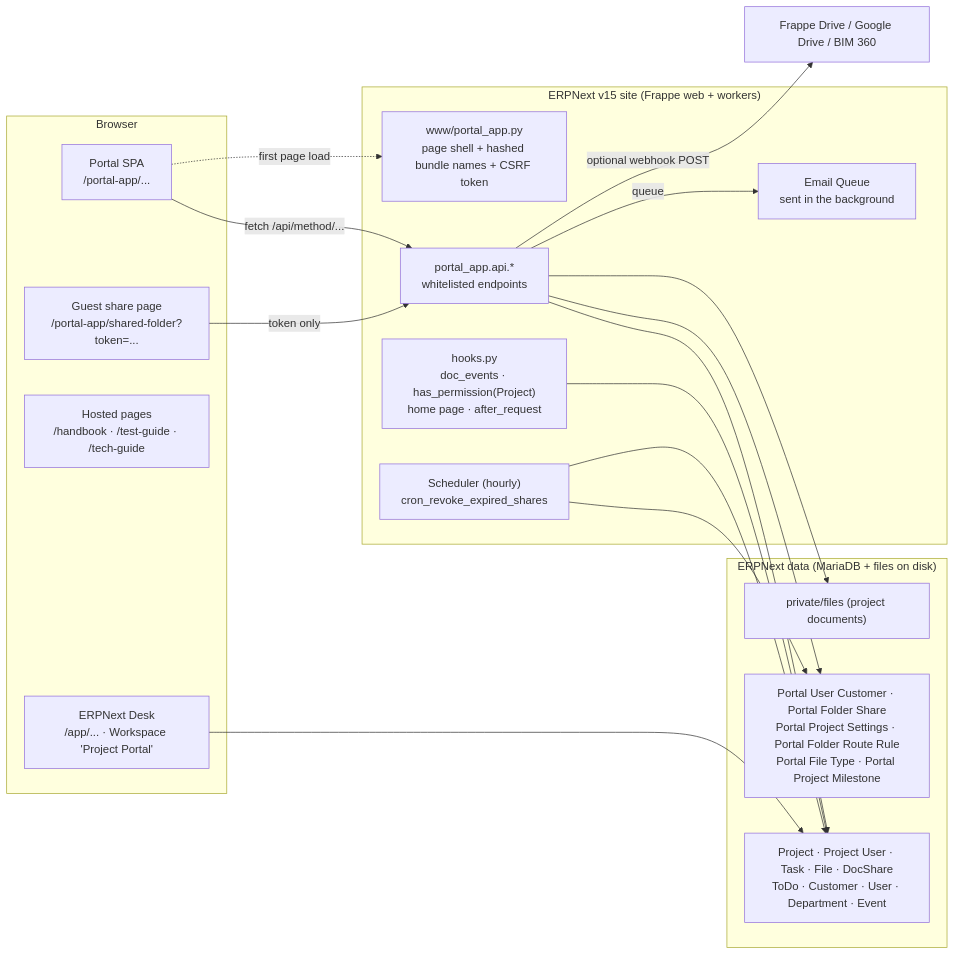
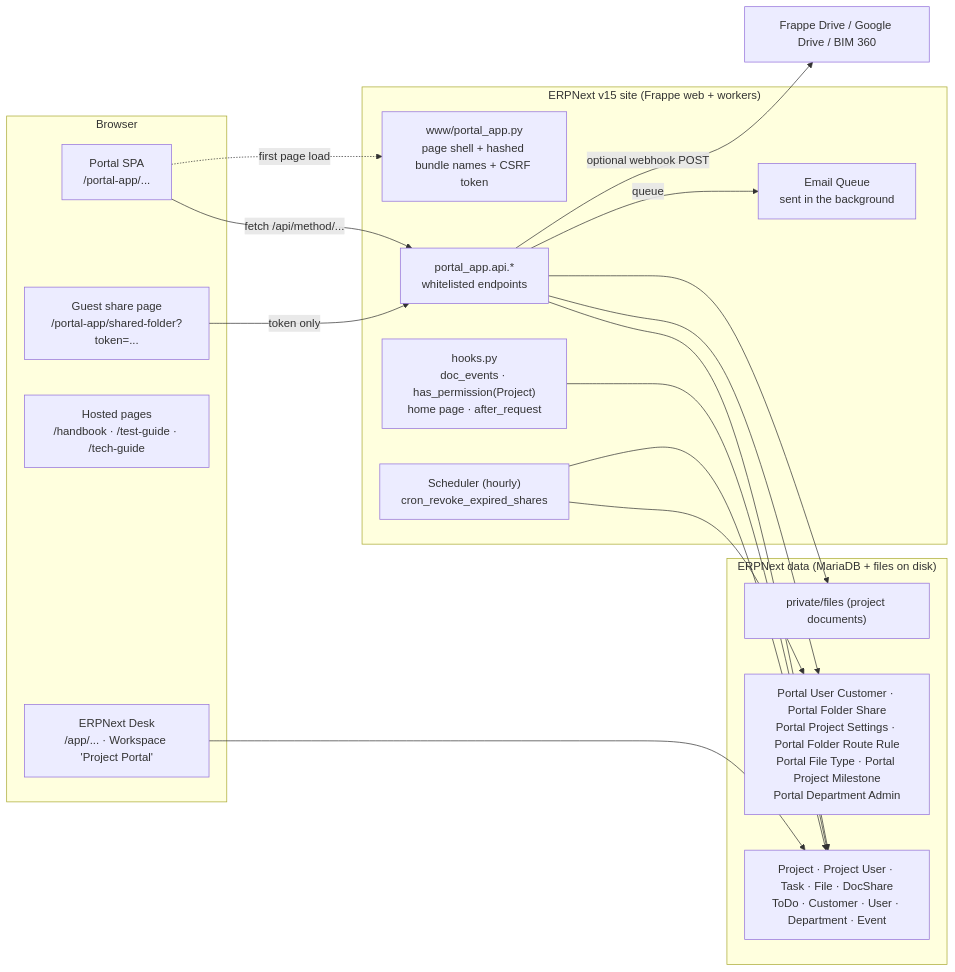
Before and after one commit to EnfonoTech/ATA-Custom: the diagram in DEVELOPER_GUIDE.md, drawn with Mermaid. The commit also changed other lines of this file and 23 other files, not shown here.

````diff
--- a/DEVELOPER_GUIDE.md
+++ b/DEVELOPER_GUIDE.md
@@ -142,36 +145,36 @@
 ```mermaid
 flowchart LR
     subgraph Browser
         SPA["Portal SPA<br/>/portal-app/..."]
         GuestPage["Guest share page<br/>/portal-app/shared-folder?token=..."]
         Hosted["Hosted pages<br/>/handbook · /test-guide · /tech-guide"]
         DeskUI["ERPNext Desk<br/>/app/... · Workspace 'Project Portal'"]
     end
 
     subgraph Site["ERPNext v15 site (Frappe web + workers)"]
         Shell["www/portal_app.py<br/>page shell + hashed bundle names + CSRF token"]
         API["portal_app.api.*<br/>whitelisted endpoints"]
         Hooks["hooks.py<br/>doc_events · has_permission(Project)<br/>home page · after_request"]
         Cron["Scheduler (hourly)<br/>cron_revoke_expired_shares"]
         Mail["Email Queue<br/>sent in the background"]
     end
 
     subgraph Data["ERPNext data (MariaDB + files on disk)"]
         Core["Project · Project User · Task · File · DocShare<br/>ToDo · Customer · User · Department · Event"]
-        Own["Portal User Customer · Portal Folder Share<br/>Portal Project Settings · Portal Folder Route Rule<br/>Portal File Type · Portal Project Milestone"]
+        Own["Portal User Customer · Portal Folder Share<br/>Portal Project Settings · Portal Folder Route Rule<br/>Portal File Type · Portal Project Milestone<br/>Portal Department Admin"]
         Disk["private/files (project documents)"]
     end
 
     SPA -- "fetch /api/method/..." --> API
     GuestPage -- "token only" --> API
     SPA -. "first page load" .-> Shell
     DeskUI --> Core
     API --> Core
     API --> Own
     API --> Disk
     API -- "queue" --> Mail
     Hooks --> Core
     Cron --> Own
     Cron --> Core
     API -- "optional webhook POST" --> Ext["Frappe Drive / Google Drive / BIM 360"]
 ```
````
